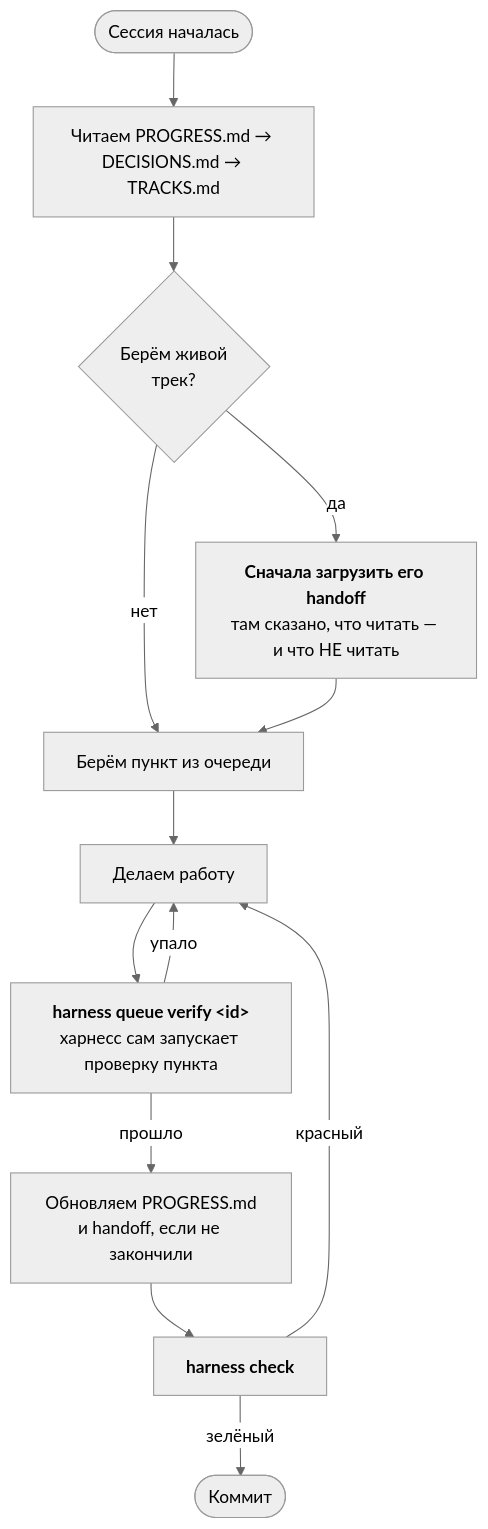
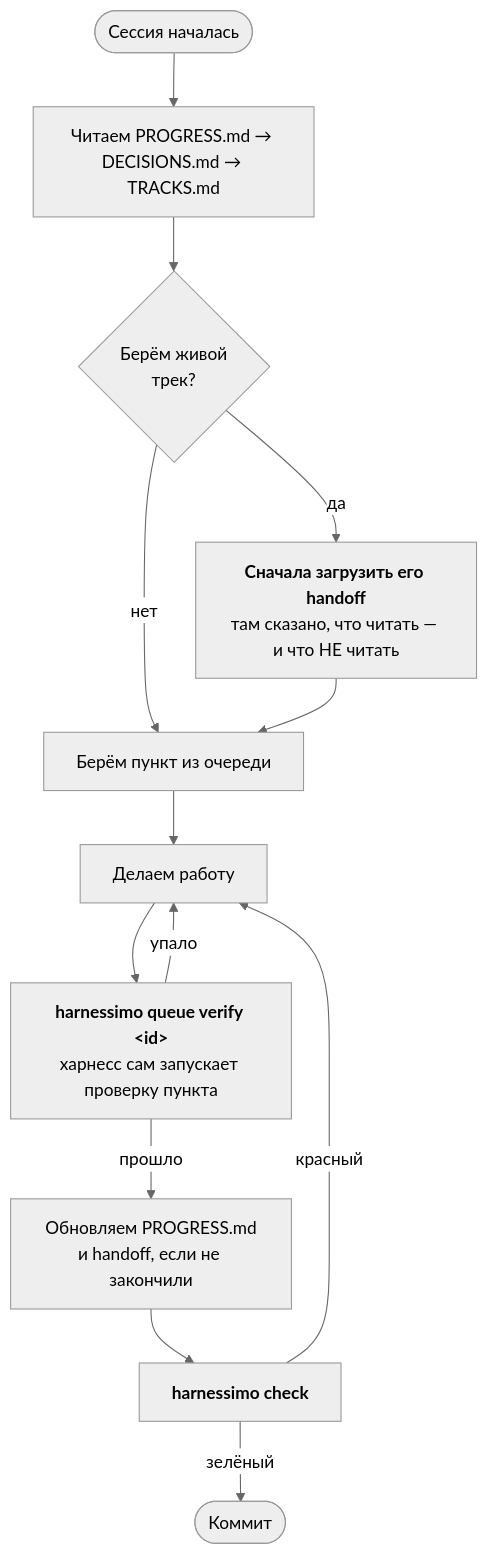
The second of 3 diagrams in docs/GUIDE.ru.md (atamaniuc/Harnessimo), drawn with Mermaid (neutral theme) before and after one commit. The commit also changed other lines of this file and 39 other files, not shown here.

````diff
--- a/docs/GUIDE.ru.md
+++ b/docs/GUIDE.ru.md
@@ -101,15 +102,15 @@
 ```mermaid
 flowchart TD
     S(["Сессия началась"]) --> R["Читаем PROGRESS.md → DECISIONS.md → TRACKS.md"]
     R --> Q{"Берём живой<br/>трек?"}
     Q -- да --> HO["<b>Сначала загрузить его handoff</b><br/>там сказано, что читать — и что НЕ читать"]
     Q -- нет --> PICK["Берём пункт из очереди"]
     HO --> PICK
     PICK --> WORK["Делаем работу"]
-    WORK --> V["<b>harness queue verify &lt;id&gt;</b><br/>харнесс сам запускает проверку пункта"]
+    WORK --> V["<b>harnessimo queue verify &lt;id&gt;</b><br/>харнесс сам запускает проверку пункта"]
     V -- упало --> WORK
     V -- прошло --> WRITE["Обновляем PROGRESS.md<br/>и handoff, если не закончили"]
-    WRITE --> C["<b>harness check</b>"]
+    WRITE --> C["<b>harnessimo check</b>"]
     C -- красный --> WORK
     C -- зелёный --> COMMIT(["Коммит"])
 ```
````
